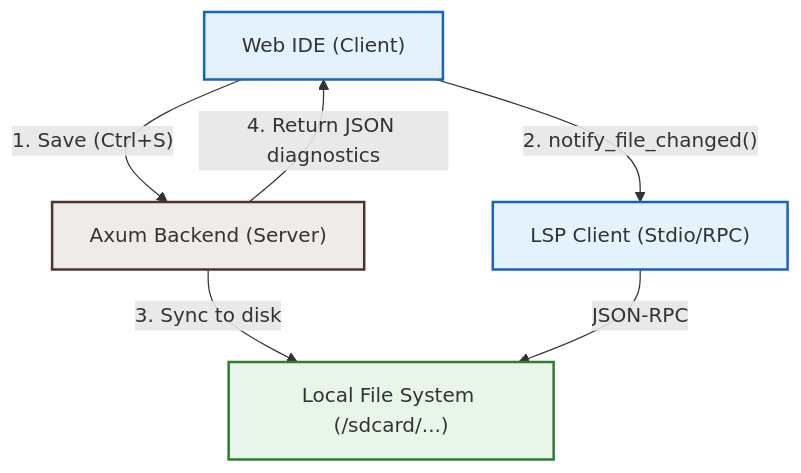
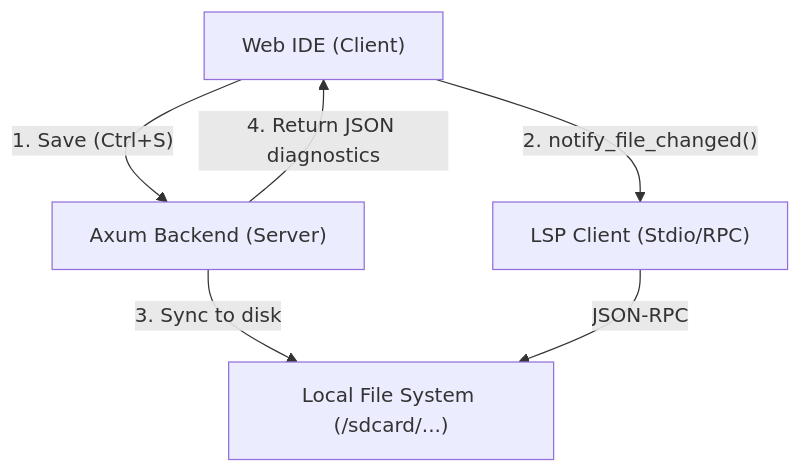
The first of 2 diagrams in README.md (apon133/CodeDroid), drawn with Mermaid before and after one commit. The commit also changed 13 other files, not shown here.

````diff
--- a/README.md
+++ b/README.md
@@ -165,18 +165,13 @@
 ```mermaid
 flowchart TD
-    %% Styling
-    classDef client fill:#e3f2fd,stroke:#1565c0,stroke-width:2px;
-    classDef server fill:#efebe9,stroke:#4e342e,stroke-width:2px;
-    classDef system fill:#e8f5e9,stroke:#2e7d32,stroke-width:2px;
-    
-    A["Web IDE (Client)"]:::client
-    B["Axum Backend (Server)"]:::server
-    C["LSP Client (Stdio/RPC)"]:::client
-    D["Local File System (/sdcard/...)"]:::system
+    A["Web IDE (Client)"]
+    B["Axum Backend (Server)"]
+    C["LSP Client (Stdio/RPC)"]
+    D["Local File System (/sdcard/...)"]
 
     A -- "1. Save (Ctrl+S)" --> B
     A -- "2. notify_file_changed()" --> C
     B -- "3. Sync to disk" --> D
     C -- "JSON-RPC" --> D
     B -- "4. Return JSON diagnostics" --> A
 ```
````
